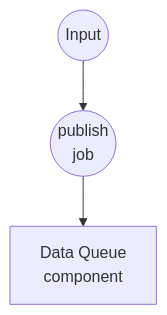
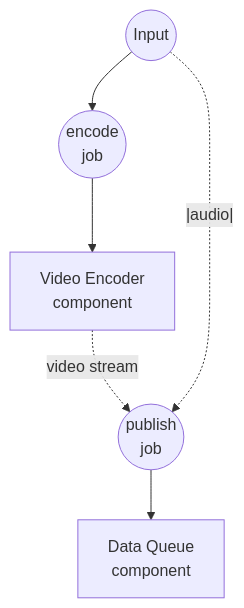
One commit to hanyeol/model-compose changed the first of 2 diagrams in examples/media-broadcast/youtube-live/README.ko.md. Above: the diagram before and after it, drawn with Mermaid. The commit also changed other lines of this file and 47 other files, not shown here.

````diff
--- a/examples/media-broadcast/youtube-live/README.ko.md
+++ b/examples/media-broadcast/youtube-live/README.ko.md
@@ -109,8 +132,14 @@
 ```mermaid
 graph TD
-    J1((publish<br/>job))
-    C1[Data Queue<br/>component]
+    J1((encode<br/>job))
+    J2((publish<br/>job))
 
+    C1[Video Encoder<br/>component]
+    C2[Data Queue<br/>component]
+
+    Input((Input)) --> J1
     J1 --> C1
-    Input((Input)) --> J1
+    C1 -.-> |video stream| J2
+    Input -. |audio| .-> J2
+    J2 --> C2
 ```
````
